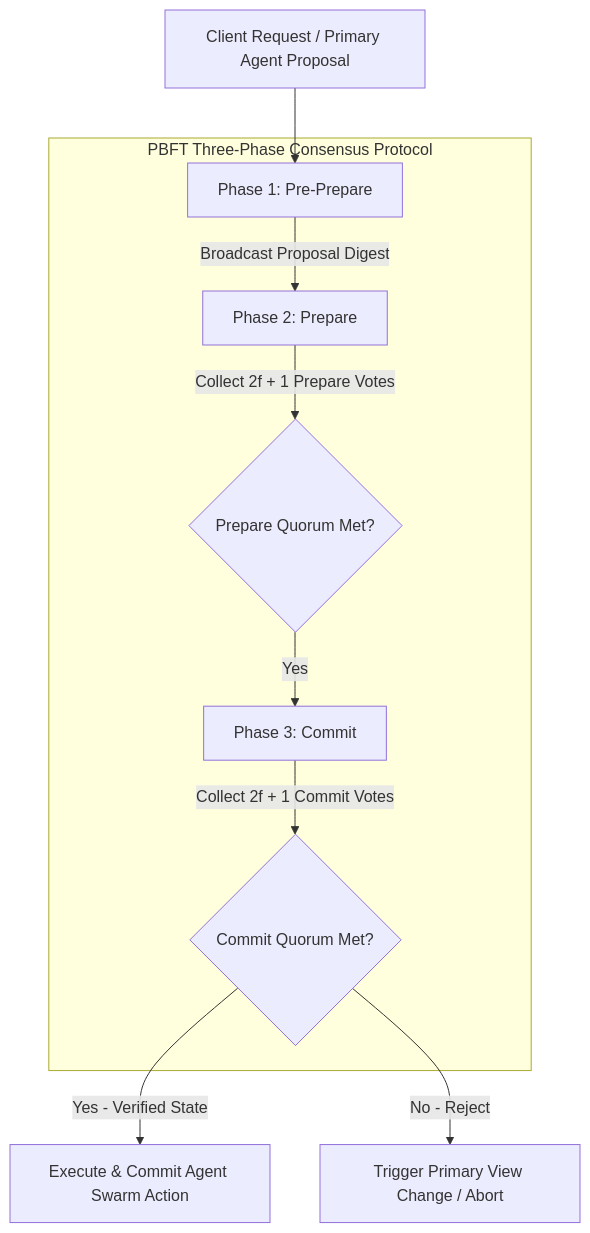
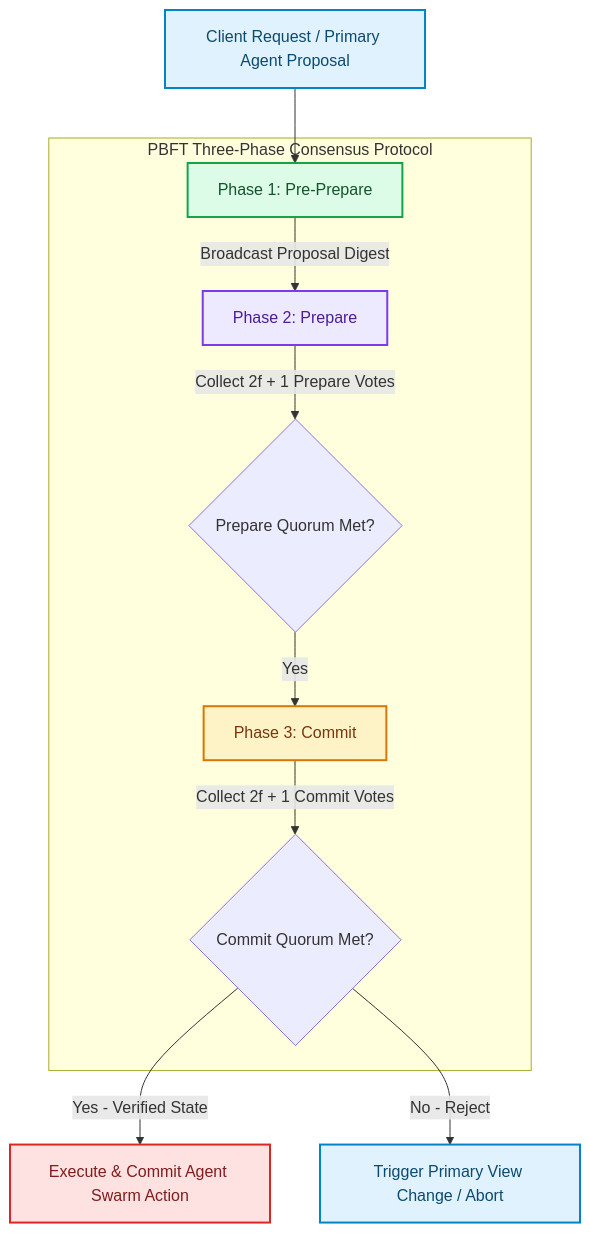
One commit to akmalkhaniub/akmalkhaniub.github.io changed the diagram in blog/posts/byzantine-fault-tolerance-collaborative-agent-swarms.md. Above: the diagram before and after it, drawn with Mermaid. The commit also changed other lines of this file and 1291 other files, not shown here.

First line of the commit message:
feat(catalog): unique covers, scholarly references, and diagram palettes

````diff
--- a/blog/posts/byzantine-fault-tolerance-collaborative-agent-swarms.md
+++ b/blog/posts/byzantine-fault-tolerance-collaborative-agent-swarms.md
@@ -20,15 +20,26 @@
 ```mermaid
 flowchart TD
-  A[Client Request / Primary Agent Proposal] --> B[Phase 1: Pre-Prepare]
+  A["Client Request / Primary Agent Proposal"] --> B["Phase 1: Pre-Prepare"]
   
   subgraph SG1_PbftThreePhase ["PBFT Three-Phase Consensus Protocol"]
-    B -->|Broadcast Proposal Digest| C[Phase 2: Prepare]
+    B -->|Broadcast Proposal Digest| C["Phase 2: Prepare"]
     C -->|Collect 2f + 1 Prepare Votes| D{Prepare Quorum Met?}
     
-    D -->|Yes| E[Phase 3: Commit]
+    D -->|Yes| E["Phase 3: Commit"]
     E -->|Collect 2f + 1 Commit Votes| F{Commit Quorum Met?}
   end
   
-  F -->|Yes - Verified State| G[Execute & Commit Agent Swarm Action]
-  F -->|No - Reject| H[Trigger Primary View Change / Abort]
+  F -->|Yes - Verified State| G["Execute & Commit Agent Swarm Action"]
+  F -->|No - Reject| H["Trigger Primary View Change / Abort"]
+
+classDef green fill:#dcfce7,stroke:#16a34a,stroke-width:2px,color:#14532d;
+classDef red fill:#fee2e2,stroke:#dc2626,stroke-width:2px,color:#7f1d1d;
+classDef blue fill:#e0f2fe,stroke:#0284c7,stroke-width:2px,color:#0c4a6e;
+classDef yellow fill:#fef3c7,stroke:#d97706,stroke-width:2px,color:#78350f;
+classDef purple fill:#ede9fe,stroke:#7c3aed,stroke-width:2px,color:#4c1d95;
+class A,H blue
+class B green
+class C purple
+class E yellow
+class G red
 ```
````
